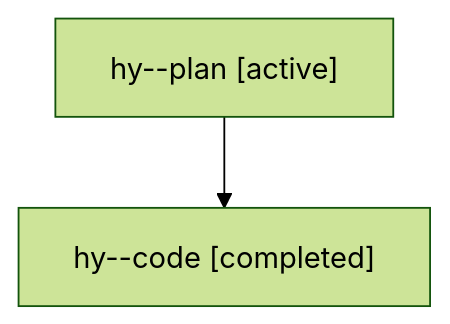
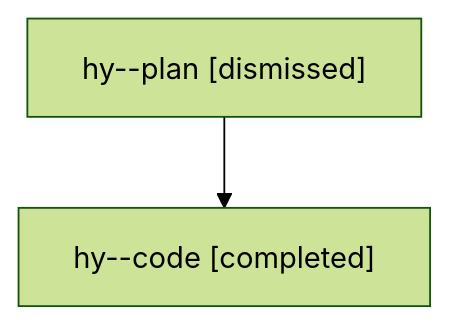
The diagram in sessions/bbugyi200.athena.hy.md (sase-org/sase--agents), drawn with Mermaid (forest theme) before and after one commit. The commit also changed other lines of this file and 31 other files, not shown here.

````diff
--- a/sessions/bbugyi200.athena.hy.md
+++ b/sessions/bbugyi200.athena.hy.md
@@ -9,6 +9,6 @@
 ```mermaid
 flowchart TD
-  n0["hy--plan [active]"]
+  n0["hy--plan [dismissed]"]
   n1["hy--code [completed]"]
   n0 --> n1
 ```
````
